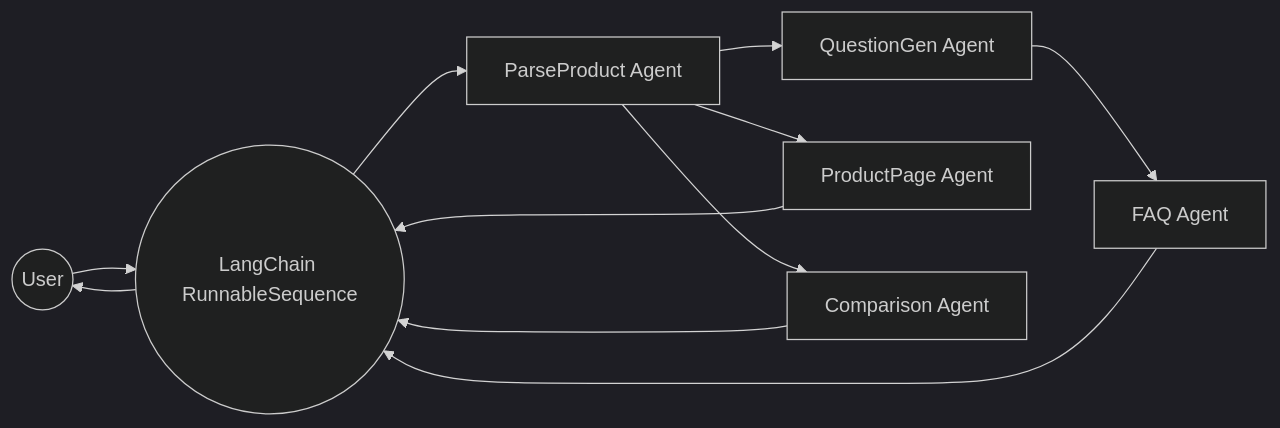
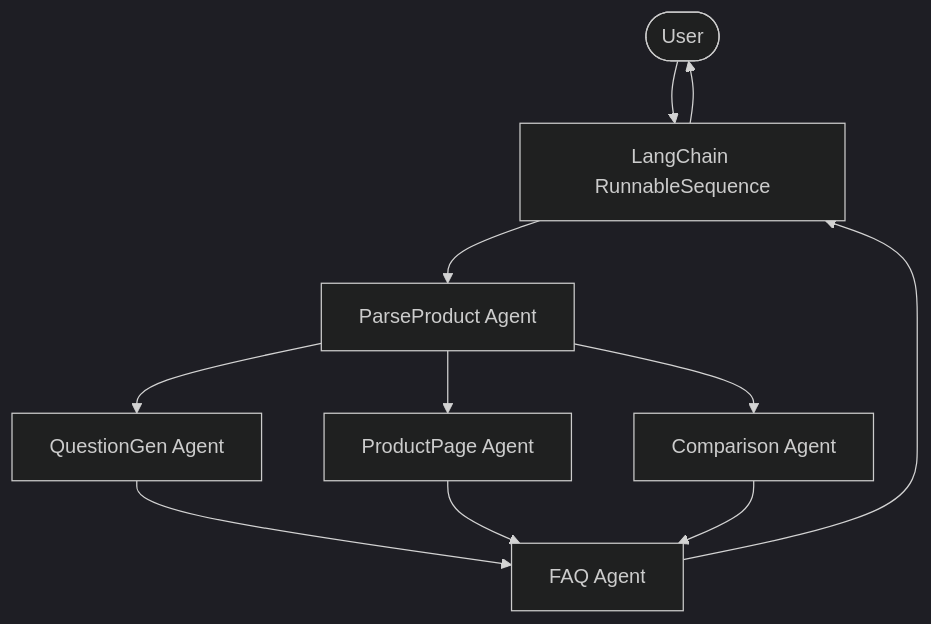
Before and after one commit to rak-shi/kasparro-ai-agentic-content-generation-system-Rakshitha_Valipireddy: the third of 4 diagrams in docs/projectdocumentation.md, drawn with Mermaid (dark theme). The commit also changed other lines of this file, not shown here.

````diff
--- a/docs/projectdocumentation.md
+++ b/docs/projectdocumentation.md
@@ -178,22 +178,16 @@
 ```mermaid
-graph LR
-    User((User))
-    Orchestrator((LangChain RunnableSequence))
+flowchart TB
+    User([User]) --> Core[LangChain RunnableSequence]
 
-    Parser[ParseProduct Agent]
-    QGen[QuestionGen Agent]
-    FAQ[FAQ Agent]
-    Page[ProductPage Agent]
-    Compare[Comparison Agent]
+    Core --> Parse[ParseProduct Agent]
 
-    User --> Orchestrator
-    Orchestrator --> Parser
-    Parser --> QGen
-    QGen --> FAQ
-    Parser --> Page
-    Parser --> Compare
-    FAQ --> Orchestrator
-    Page --> Orchestrator
-    Compare --> Orchestrator
-    Orchestrator --> User
+    Parse --> QGen[QuestionGen Agent]
+    Parse --> Page[ProductPage Agent]
+    Parse --> Compare[Comparison Agent]
+
+    QGen --> FAQ[FAQ Agent]
+    Page --> FAQ
+    Compare --> FAQ
+
+    FAQ --> Core --> User
 ```
````
